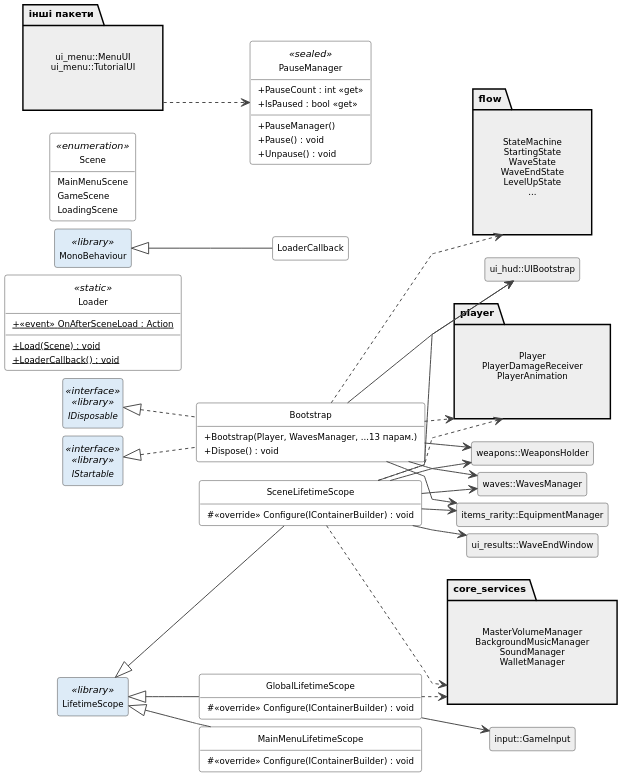
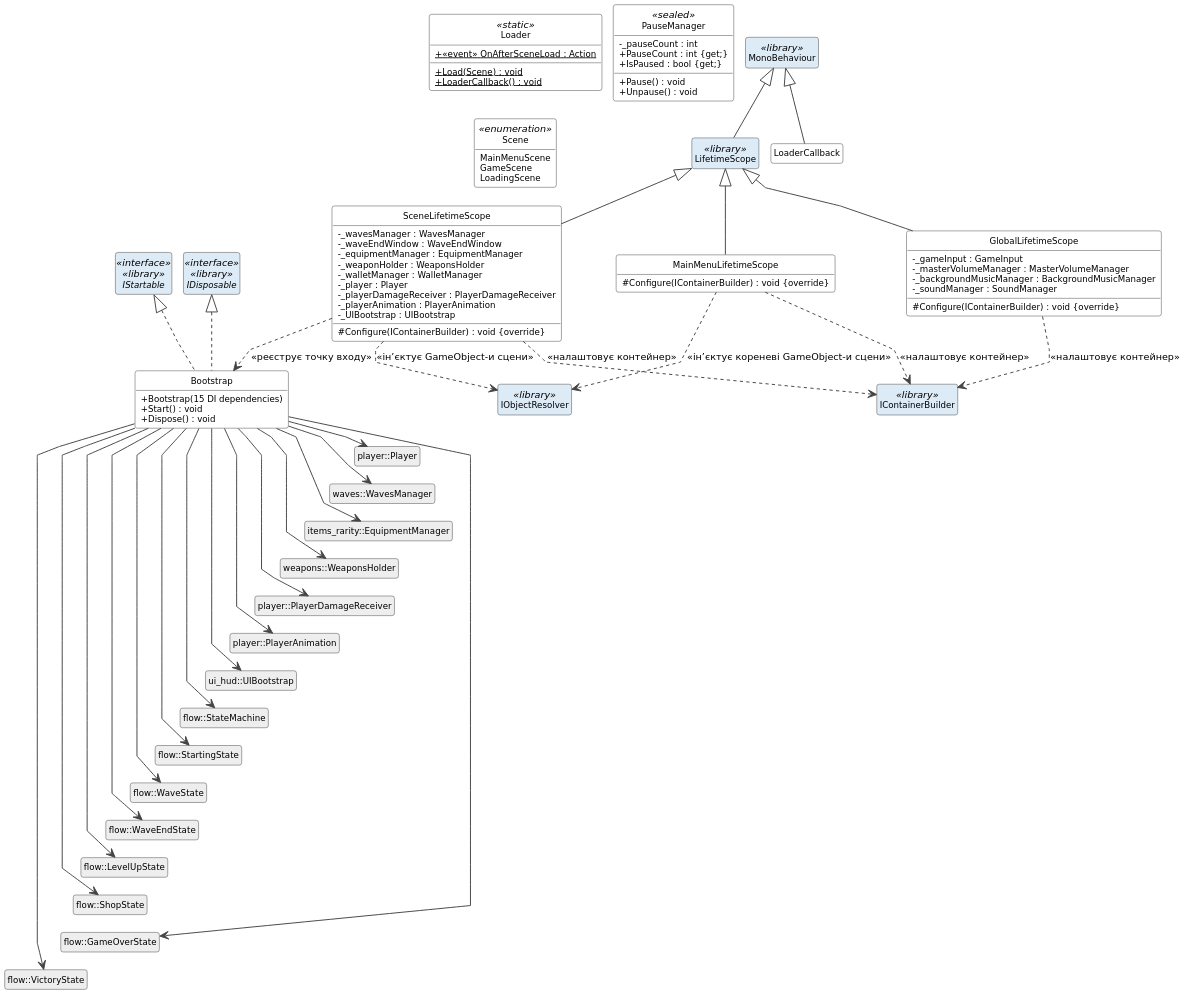
Before and after one commit to Rot1k/Undead_Harvest: the diagram in Diagrams/Class/core_boot.puml, drawn with PlantUML. The commit also changed 138 other files, not shown here.

```diff
--- a/Diagrams/Class/core_boot.puml
+++ b/Diagrams/Class/core_boot.puml
@@ -1,108 +1,138 @@
 @startuml
 skinparam style strictuml
 skinparam classAttributeIconSize 0
 skinparam dpi 200
 skinparam shadowing false
 skinparam defaultFontName DejaVu Sans
 skinparam defaultFontSize 10
 skinparam classFontSize 10
 skinparam classAttributeFontSize 9
 skinparam stereotypeFontSize 8
-skinparam ranksep 16
-skinparam nodesep 8
-skinparam padding 2
+skinparam ranksep 18
+skinparam nodesep 12
+skinparam linetype polyline
 skinparam ClassBackgroundColor White
 skinparam ClassBorderColor #444444
 skinparam ArrowColor #444444
-skinparam ArrowFontSize 8
-skinparam linetype polyline
-skinparam class<<grp>> {
-  BackgroundColor White
+skinparam class<<library>> {
+  BackgroundColor #DDEBF7
   BorderColor #444444
 }
-skinparam class<<names>> {
-  BackgroundColor transparent
-  BorderColor transparent
+skinparam package {
+  BackgroundColor #F4F4F4
+  BorderColor #444444
 }
-hide <<names>> stereotype
-hide <<grp>> stereotype
 hide circle
-left to right direction
+top to bottom direction
 hide empty members
 
 class Bootstrap {
-  + Bootstrap(Player, WavesManager, ...13 парам.)
+  + Bootstrap(15 DI dependencies)
+  + Start() : void
   + Dispose() : void
 }
+class "player::Player" as Player #EEEEEE
+class "waves::WavesManager" as WavesManager #EEEEEE
+class "items_rarity::EquipmentManager" as EquipmentManager #EEEEEE
+class "weapons::WeaponsHolder" as WeaponsHolder #EEEEEE
+class "player::PlayerDamageReceiver" as PlayerDamageReceiver #EEEEEE
+class "player::PlayerAnimation" as PlayerAnimation #EEEEEE
+class "ui_hud::UIBootstrap" as UIBootstrap #EEEEEE
+class "flow::StateMachine" as StateMachine #EEEEEE
+class "flow::StartingState" as StartingState #EEEEEE
+class "flow::WaveState" as WaveState #EEEEEE
+class "flow::WaveEndState" as WaveEndState #EEEEEE
+class "flow::LevelUpState" as LevelUpState #EEEEEE
+class "flow::ShopState" as ShopState #EEEEEE
+class "flow::GameOverState" as GameOverState #EEEEEE
+class "flow::VictoryState" as VictoryState #EEEEEE
+interface IStartable <<interface>> <<library>>
+interface IDisposable <<interface>> <<library>>
+class LifetimeScope <<library>>
+class GlobalLifetimeScope {
+  - _gameInput : GameInput
+  - _masterVolumeManager : MasterVolumeManager
+  - _backgroundMusicManager : BackgroundMusicManager
+  - _soundManager : SoundManager
+  # Configure(IContainerBuilder) : void {override}
+}
+class MainMenuLifetimeScope {
+  # Configure(IContainerBuilder) : void {override}
+}
+class SceneLifetimeScope {
+  - _wavesManager : WavesManager
+  - _waveEndWindow : WaveEndWindow
+  - _equipmentManager : EquipmentManager
+  - _weaponHolder : WeaponsHolder
+  - _walletManager : WalletManager
+  - _player : Player
+  - _playerDamageReceiver : PlayerDamageReceiver
+  - _playerAnimation : PlayerAnimation
+  - _UIBootstrap : UIBootstrap
+  # Configure(IContainerBuilder) : void {override}
+}
+class IContainerBuilder <<library>>
+class IObjectResolver <<library>>
 class Loader <<static>> {
-  + {static}  <<event>> OnAfterSceneLoad : Action
+  + {static} <<event>> OnAfterSceneLoad : Action
   + {static} Load(Scene) : void
   + {static} LoaderCallback() : void
 }
 class LoaderCallback
+class PauseManager <<sealed>> {
+  - _pauseCount : int
+  + PauseCount : int {get;}
+  + IsPaused : bool {get;}
+  + Pause() : void
+  + Unpause() : void
+}
 enum Scene <<enumeration>> {
   MainMenuScene
   GameScene
   LoadingScene
 }
-class PauseManager <<sealed>> {
-  + PauseCount : int <<get>>
-  + IsPaused : bool <<get>>
-  + PauseManager()
-  + Pause() : void
-  + Unpause() : void
-}
-class GlobalLifetimeScope {
-  # <<override>> Configure(IContainerBuilder) : void
-}
-class MainMenuLifetimeScope {
-  # <<override>> Configure(IContainerBuilder) : void
-}
-class SceneLifetimeScope {
-  # <<override>> Configure(IContainerBuilder) : void
-}
-class "waves::WavesManager" as WavesManager #EEEEEE
-class "items_rarity::EquipmentManager" as EquipmentManager #EEEEEE
-class "weapons::WeaponsHolder" as WeaponsHolder #EEEEEE
-class "ui_hud::UIBootstrap" as UIBootstrap #EEEEEE
-class "input::GameInput" as GameInput #EEEEEE
-class "ui_results::WaveEndWindow" as WaveEndWindow #EEEEEE
-interface IStartable <<interface>> <<library>> #DDEBF7
-interface IDisposable <<interface>> <<library>> #DDEBF7
-class MonoBehaviour <<library>> #DDEBF7
-class LifetimeScope <<library>> #DDEBF7
-package "player" as OUT_player #EEEEEE {
-  class "Player\nPlayerDamageReceiver\nPlayerAnimation" as OUT_player_n <<names>>
-}
-package "flow" as OUT_flow #EEEEEE {
-  class "StateMachine\nStartingState\nWaveState\nWaveEndState\nLevelUpState\n..." as OUT_flow_n <<names>>
-}
-package "core_services" as OUT_core_services #EEEEEE {
-  class "MasterVolumeManager\nBackgroundMusicManager\nSoundManager\nWalletManager" as OUT_core_services_n <<names>>
-}
-package "інші пакети" as IN_all #EEEEEE {
-  class "ui_menu::MenuUI\nui_menu::TutorialUI" as IN_all_n <<names>>
-}
+class MonoBehaviour <<library>>
+
+MonoBehaviour <|-- LifetimeScope
 IStartable <|.. Bootstrap
 IDisposable <|.. Bootstrap
-MonoBehaviour <|-- LoaderCallback
 LifetimeScope <|-- GlobalLifetimeScope
 LifetimeScope <|-- MainMenuLifetimeScope
 LifetimeScope <|-- SceneLifetimeScope
-Bootstrap ..> OUT_player
-SceneLifetimeScope ..> OUT_player
+MonoBehaviour <|-- LoaderCallback
+Bootstrap --> Player
 Bootstrap --> WavesManager
-SceneLifetimeScope --> WavesManager
 Bootstrap --> EquipmentManager
-SceneLifetimeScope --> EquipmentManager
 Bootstrap --> WeaponsHolder
-SceneLifetimeScope --> WeaponsHolder
+Bootstrap --> PlayerDamageReceiver
+Bootstrap --> PlayerAnimation
 Bootstrap --> UIBootstrap
-SceneLifetimeScope --> UIBootstrap
-Bootstrap ..> OUT_flow
-GlobalLifetimeScope --> GameInput
-GlobalLifetimeScope ..> OUT_core_services
-SceneLifetimeScope ..> OUT_core_services
-SceneLifetimeScope --> WaveEndWindow
-IN_all ..> PauseManager
+Bootstrap --> StateMachine
+Bootstrap --> StartingState
+Bootstrap --> WaveState
+Bootstrap --> WaveEndState
+Bootstrap --> LevelUpState
+Bootstrap --> ShopState
+Bootstrap --> GameOverState
+Bootstrap --> VictoryState
+Player -[hidden]down-> WavesManager
+WavesManager -[hidden]down-> EquipmentManager
+EquipmentManager -[hidden]down-> WeaponsHolder
+WeaponsHolder -[hidden]down-> PlayerDamageReceiver
+PlayerDamageReceiver -[hidden]down-> PlayerAnimation
+PlayerAnimation -[hidden]down-> UIBootstrap
+UIBootstrap -[hidden]down-> StateMachine
+StateMachine -[hidden]down-> StartingState
+StartingState -[hidden]down-> WaveState
+WaveState -[hidden]down-> WaveEndState
+WaveEndState -[hidden]down-> LevelUpState
+LevelUpState -[hidden]down-> ShopState
+ShopState -[hidden]down-> GameOverState
+GameOverState -[hidden]down-> VictoryState
+SceneLifetimeScope ..> Bootstrap : <<реєструє точку входу>>
+SceneLifetimeScope ..> IContainerBuilder : <<налаштовує контейнер>>
+GlobalLifetimeScope ..> IContainerBuilder : <<налаштовує контейнер>>
+MainMenuLifetimeScope ..> IContainerBuilder : <<налаштовує контейнер>>
+SceneLifetimeScope ..> IObjectResolver : <<ін’єктує GameObject-и сцени>>
+MainMenuLifetimeScope ..> IObjectResolver : <<ін’єктує кореневі GameObject-и сцени>>
 @enduml
```
